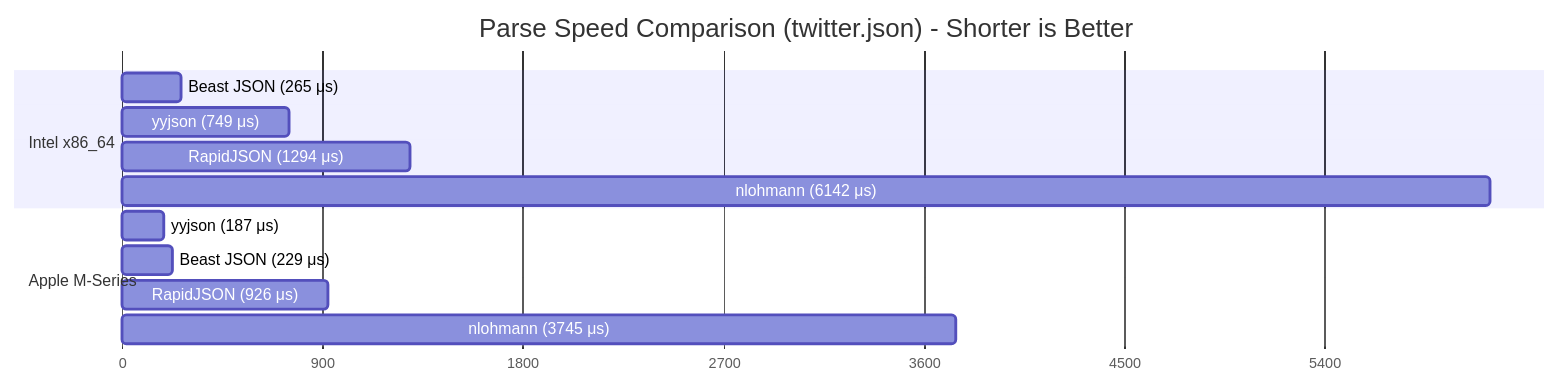
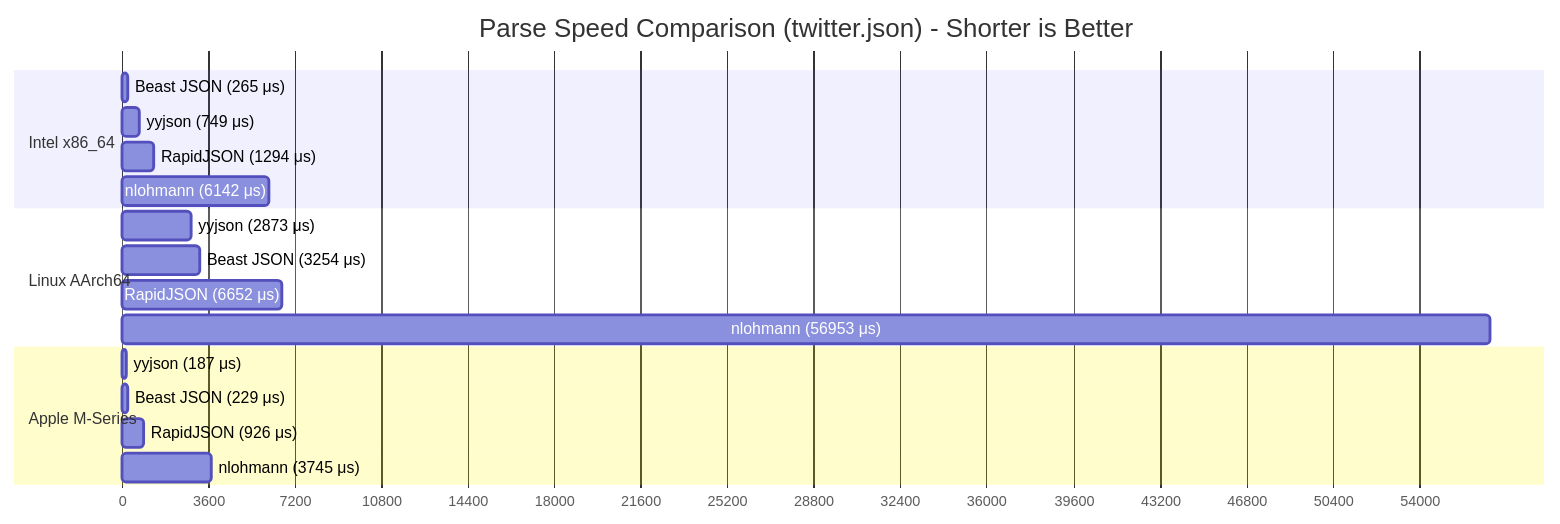
Before and after one commit to the-lkb/beast-json: the diagram in README.md, drawn with Mermaid. The commit also changed other lines of this file, not shown here.

Commit message:
docs: add aarch64 linux benchmark to chart and table, and clarify CI usage

````diff
--- a/README.md
+++ b/README.md
@@ -37,18 +39,24 @@
 ```mermaid
 gantt
     title Parse Speed Comparison (twitter.json) - Shorter is Better
     dateFormat  X
     axisFormat %s
 
     section Intel x86_64
     Beast JSON (265 μs)   : 0, 265
     yyjson (749 μs)       : 0, 749
     RapidJSON (1294 μs)   : 0, 1294
     nlohmann (6142 μs)    : 0, 6142
 
+    section Linux AArch64
+    yyjson (2873 μs)      : 0, 2873
+    Beast JSON (3254 μs)  : 0, 3254
+    RapidJSON (6652 μs)   : 0, 6652
+    nlohmann (56953 μs)   : 0, 56953
+
     section Apple M-Series
     yyjson (187 μs)       : 0, 187
     Beast JSON (229 μs)   : 0, 229
     RapidJSON (926 μs)    : 0, 926
     nlohmann (3745 μs)    : 0, 3745
 ```
````
